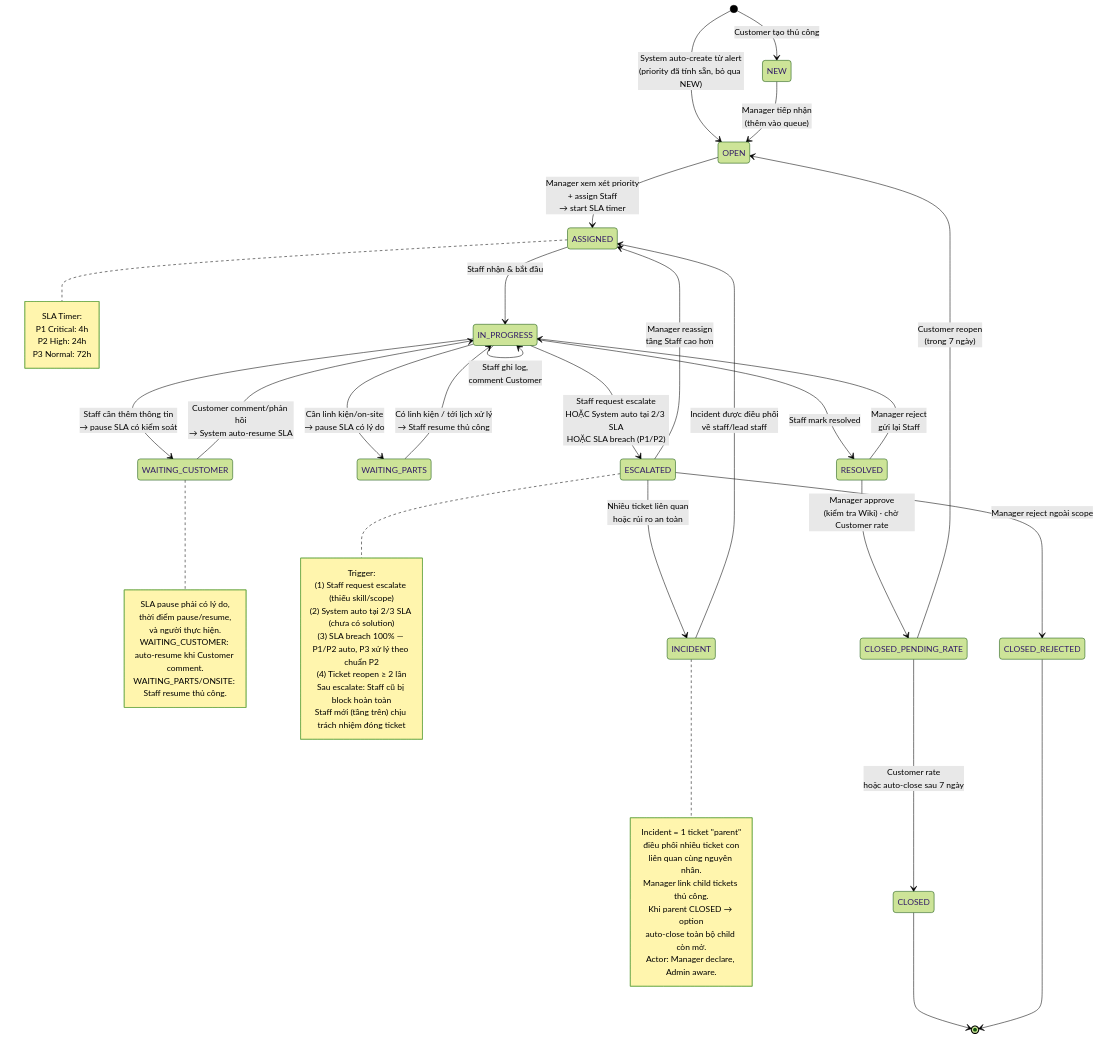
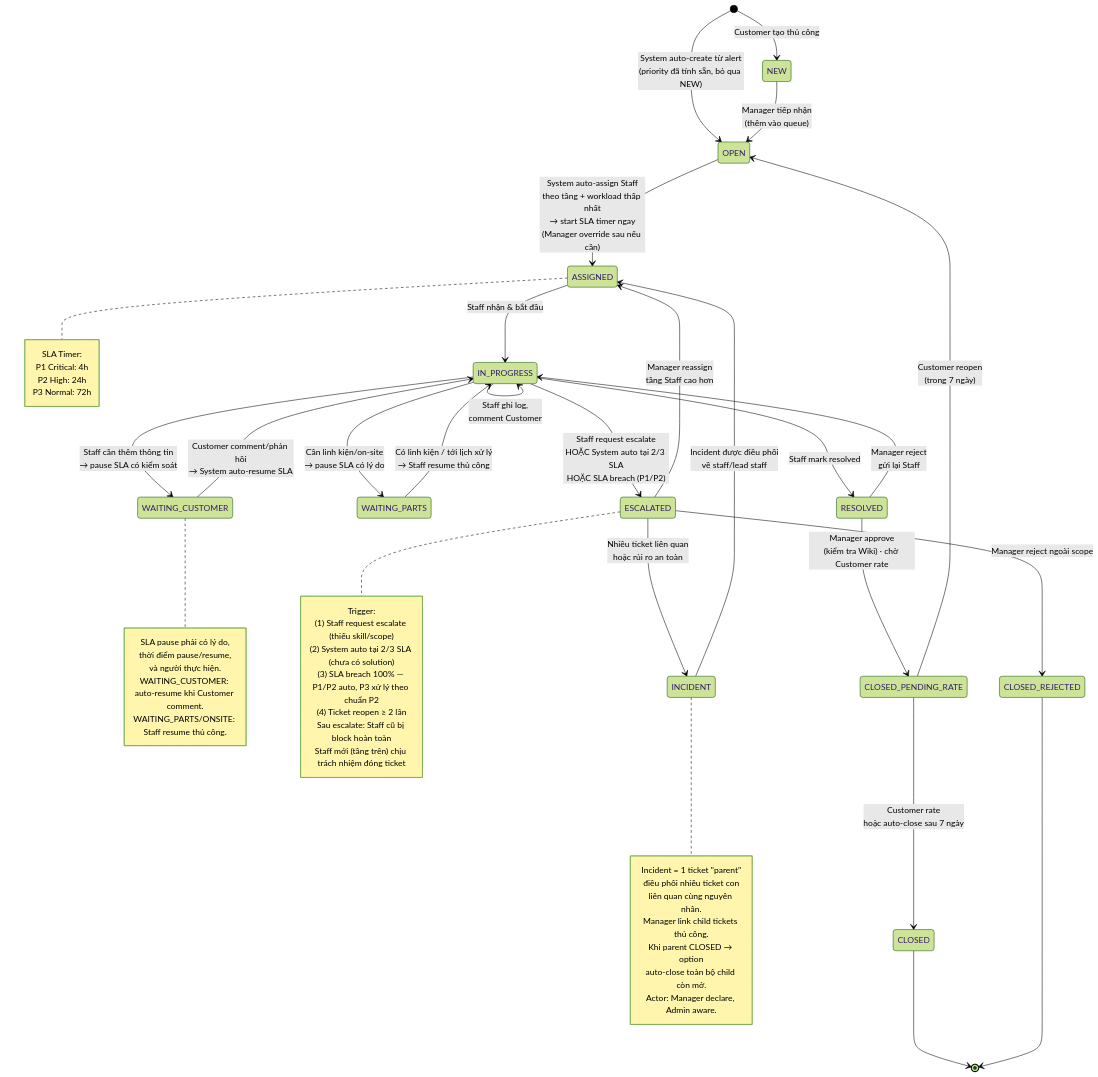
The third of 8 diagrams in .claude/docs/core-business-flow.md (GSU26SE55/ai-module), drawn with Mermaid (forest theme) before and after one commit. The commit also changed other lines of this file and 36 other files, not shown here.

````diff
--- a/.claude/docs/core-business-flow.md
+++ b/.claude/docs/core-business-flow.md
@@ -244,68 +268,68 @@
 ```mermaid
 stateDiagram-v2
     [*] --> NEW : Customer tạo thủ công
     [*] --> OPEN : System auto-create từ alert<br/>(priority đã tính sẵn, bỏ qua NEW)
 
     NEW --> OPEN : Manager tiếp nhận<br/>(thêm vào queue)
-    OPEN --> ASSIGNED : Manager xem xét priority<br/>+ assign Staff<br/>→ start SLA timer
+    OPEN --> ASSIGNED : System auto-assign Staff<br/>theo tầng + workload thấp nhất<br/>→ start SLA timer ngay<br/>(Manager override sau nếu cần)
 
     ASSIGNED --> IN_PROGRESS : Staff nhận & bắt đầu
     IN_PROGRESS --> IN_PROGRESS : Staff ghi log,<br/>comment Customer
 
     IN_PROGRESS --> WAITING_CUSTOMER : Staff cần thêm thông tin<br/>→ pause SLA có kiểm soát
     WAITING_CUSTOMER --> IN_PROGRESS : Customer comment/phản hồi<br/>→ System auto-resume SLA
     IN_PROGRESS --> WAITING_PARTS : Cần linh kiện/on-site<br/>→ pause SLA có lý do
     WAITING_PARTS --> IN_PROGRESS : Có linh kiện / tới lịch xử lý<br/>→ Staff resume thủ công
 
     IN_PROGRESS --> RESOLVED : Staff mark resolved
     IN_PROGRESS --> ESCALATED : Staff request escalate<br/>HOẶC System auto tại 2/3 SLA<br/>HOẶC SLA breach (P1/P2)
 
     ESCALATED --> ASSIGNED : Manager reassign<br/>tầng Staff cao hơn
     ESCALATED --> INCIDENT : Nhiều ticket liên quan<br/>hoặc rủi ro an toàn
     ESCALATED --> CLOSED_REJECTED : Manager reject ngoài scope
 
     INCIDENT --> ASSIGNED : Incident được điều phối<br/>về staff/lead staff
 
     RESOLVED --> CLOSED_PENDING_RATE : Manager approve<br/>(kiểm tra Wiki) · chờ Customer rate
     CLOSED_PENDING_RATE --> CLOSED : Customer rate<br/>hoặc auto-close sau 7 ngày
     RESOLVED --> IN_PROGRESS : Manager reject<br/>gửi lại Staff
     CLOSED_PENDING_RATE --> OPEN : Customer reopen<br/>(trong 7 ngày)
 
     CLOSED --> [*]
     CLOSED_REJECTED --> [*]
 
     note right of ASSIGNED
         SLA Timer:
         P1 Critical: 4h
         P2 High: 24h
         P3 Normal: 72h
     end note
 
     note right of WAITING_CUSTOMER
         SLA pause phải có lý do,
         thời điểm pause/resume,
         và người thực hiện.
         WAITING_CUSTOMER: auto-resume khi Customer comment.
         WAITING_PARTS/ONSITE: Staff resume thủ công.
     end note
 
     note right of ESCALATED
         Trigger:
         (1) Staff request escalate (thiếu skill/scope)
         (2) System auto tại 2/3 SLA (chưa có solution)
         (3) SLA breach 100% — P1/P2 auto, P3 xử lý theo chuẩn P2
         (4) Ticket reopen ≥ 2 lần
         Sau escalate: Staff cũ bị block hoàn toàn
         Staff mới (tầng trên) chịu trách nhiệm đóng ticket
     end note
 
     note right of INCIDENT
         Incident = 1 ticket "parent"
         điều phối nhiều ticket con
         liên quan cùng nguyên nhân.
         Manager link child tickets thủ công.
         Khi parent CLOSED → option
         auto-close toàn bộ child còn mở.
         Actor: Manager declare, Admin aware.
     end note
 ```
````
